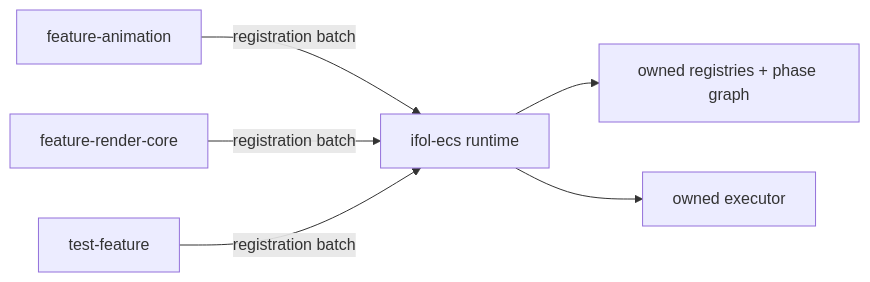
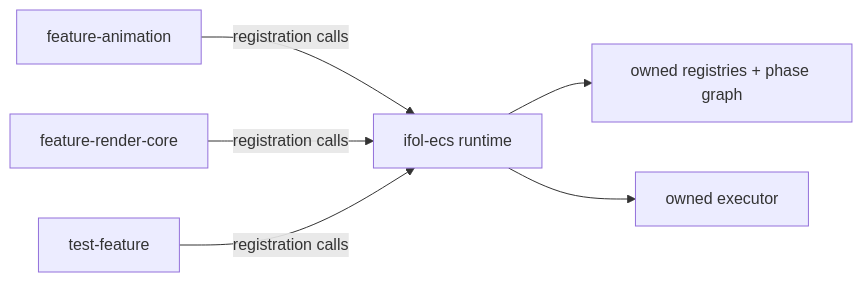
One commit to danphong23/ifol-animation changed the first of 2 diagrams in crates/ifol-ecs/docs/09_feature_registration_and_extension.md. Above: the diagram before and after it, drawn with Mermaid. The commit also changed other lines of this file and 10 other files, not shown here.

Commit message:
docs(ecs): synchronize core contracts and acceptance map

```diff
--- a/crates/ifol-ecs/docs/09_feature_registration_and_extension.md
+++ b/crates/ifol-ecs/docs/09_feature_registration_and_extension.md
@@ -5,8 +5,8 @@
 ~~~mermaid
 flowchart LR
-    F1["feature-animation"] -->|"registration batch"| ECS["ifol-ecs runtime"]
-    F2["feature-render-core"] -->|"registration batch"| ECS
-    F3["test-feature"] -->|"registration batch"| ECS
+    F1["feature-animation"] -->|"registration calls"| ECS["ifol-ecs runtime"]
+    F2["feature-render-core"] -->|"registration calls"| ECS
+    F3["test-feature"] -->|"registration calls"| ECS
     ECS --> Registry["owned registries + phase graph"]
     ECS --> Run["owned executor"]
 ~~~
```
